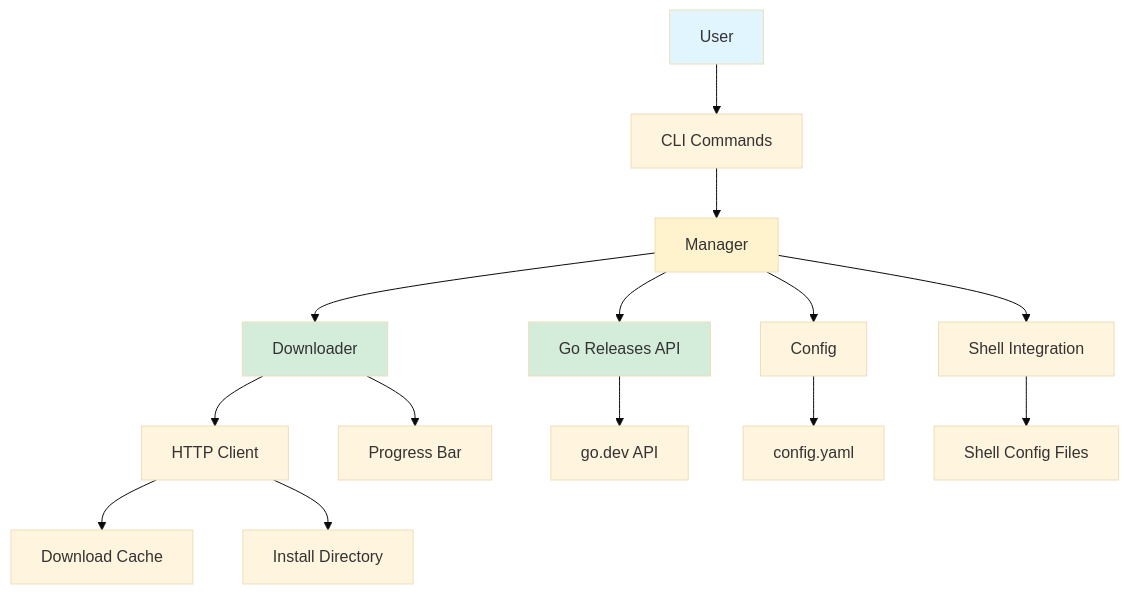
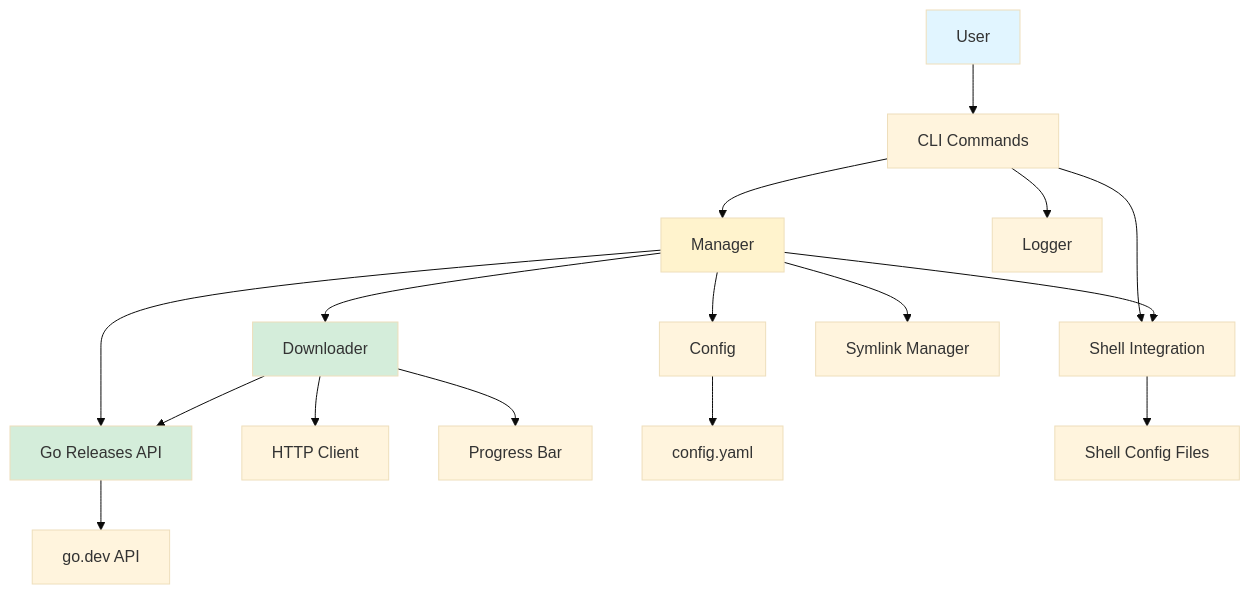
Before and after one commit to justjundana/govman: the first of 13 diagrams in docs/architecture-diagrams.md, drawn with Mermaid (base theme). The commit also changed other lines of this file and 10 other files, not shown here.

````diff
--- a/docs/architecture-diagrams.md
+++ b/docs/architecture-diagrams.md
@@ -7,24 +7,27 @@
 ```mermaid
 graph TB
     User[User] --> CLI[CLI Commands]
     CLI --> Manager[Manager]
+    CLI --> Logger[Logger]
+    CLI --> Shell[Shell Integration]
+    
     Manager --> Config[Config]
     Manager --> Downloader[Downloader]
-    Manager --> Shell[Shell Integration]
+    Manager --> Shell
     Manager --> Golang[Go Releases API]
+    Manager --> Symlink[Symlink Manager]
     
     Downloader --> HTTP[HTTP Client]
     Downloader --> Progress[Progress Bar]
+    Downloader --> Golang
+    
     Golang --> GoDevAPI[go.dev API]
-    
-    HTTP --> Cache[Download Cache]
-    HTTP --> Install[Install Directory]
     
     Config --> YAML[config.yaml]
     Shell --> ShellRC[Shell Config Files]
     
     style User fill:#e1f5ff
     style Manager fill:#fff3cd
     style Downloader fill:#d4edda
     style Golang fill:#d4edda
 ```
````
